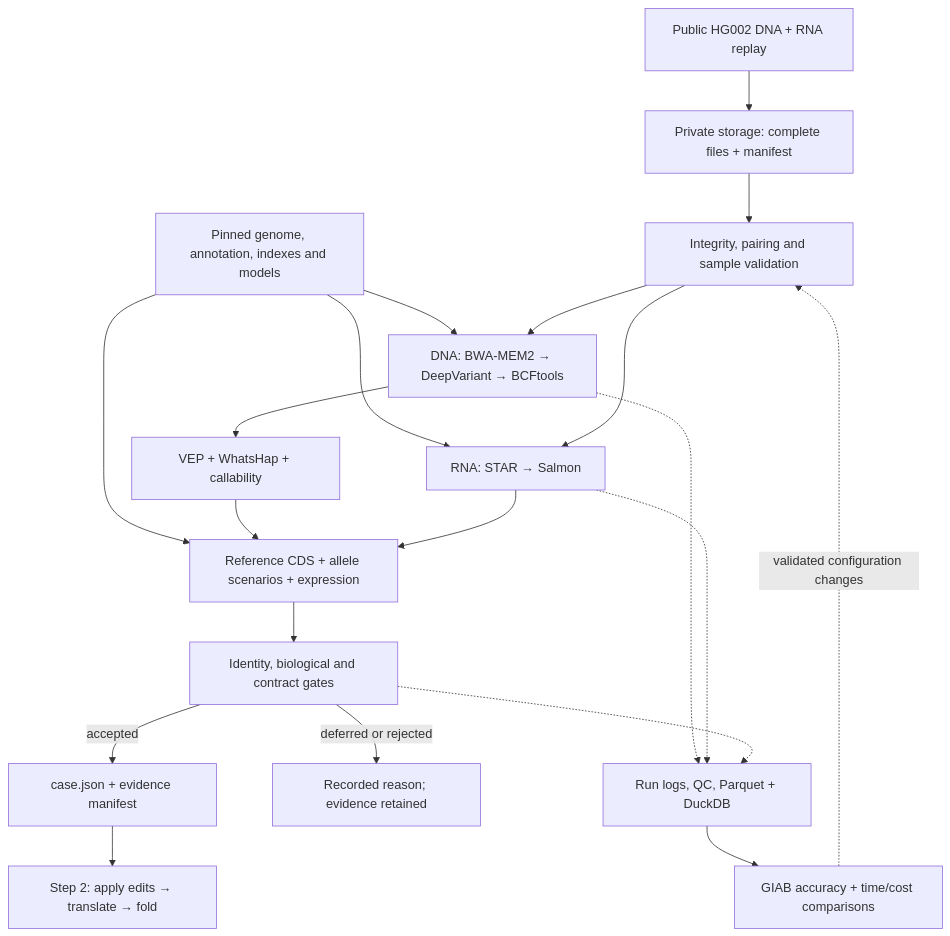
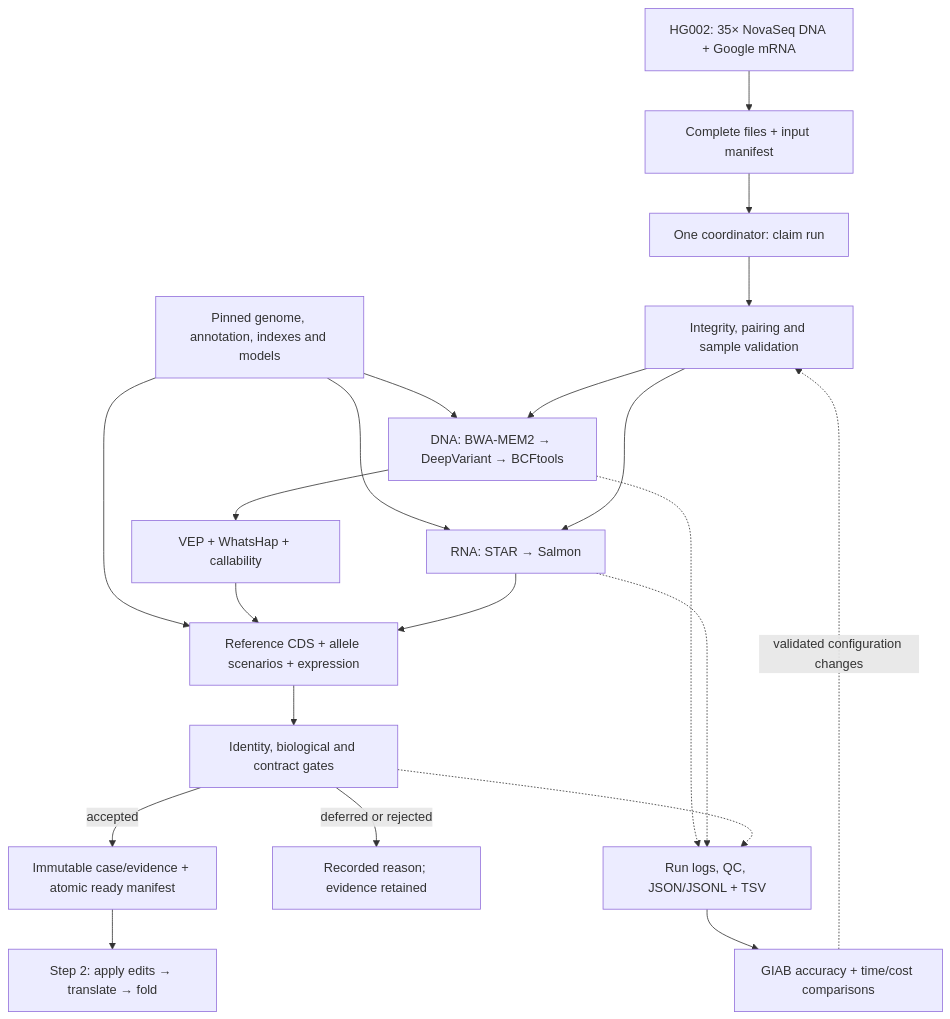
Before and after one commit to bmwoolf/bespoke-bio: the diagram in docs/stage-one.md, drawn with Mermaid. The commit also changed other lines of this file, not shown here.

````diff
--- a/docs/stage-one.md
+++ b/docs/stage-one.md
@@ -283,22 +381,23 @@
 ```mermaid
 flowchart TD
-    S["Public HG002 DNA + RNA replay"] --> I["Private storage: complete files + manifest"]
-    I --> V["Integrity, pairing and sample validation"]
+    S["HG002: 35× NovaSeq DNA + Google mRNA"] --> I["Complete files + input manifest"]
+    I --> C0["One coordinator: claim run"]
+    C0 --> V["Integrity, pairing and sample validation"]
     REF["Pinned genome, annotation, indexes and models"] --> D
     REF --> R
     REF --> C
     V --> D["DNA: BWA-MEM2 → DeepVariant → BCFtools"]
     V --> R["RNA: STAR → Salmon"]
     D --> E["VEP + WhatsHap + callability"]
     E --> C["Reference CDS + allele scenarios + expression"]
     R --> C
     C --> G["Identity, biological and contract gates"]
-    G -->|accepted| H["case.json + evidence manifest"]
+    G -->|accepted| H["Immutable case/evidence + atomic ready manifest"]
     G -->|deferred or rejected| X["Recorded reason; evidence retained"]
     H --> B["Step 2: apply edits → translate → fold"]
-    D -.-> T["Run logs, QC, Parquet + DuckDB"]
+    D -.-> T["Run logs, QC, JSON/JSONL + TSV"]
     R -.-> T
     G -.-> T
     T --> Q["GIAB accuracy + time/cost comparisons"]
     Q -.->|validated configuration changes| V
 ```
````
